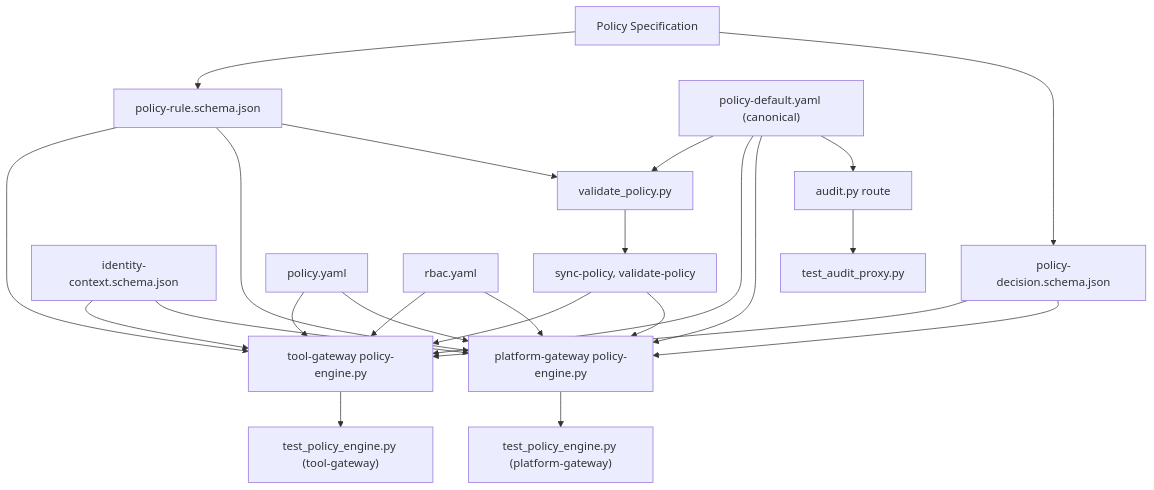
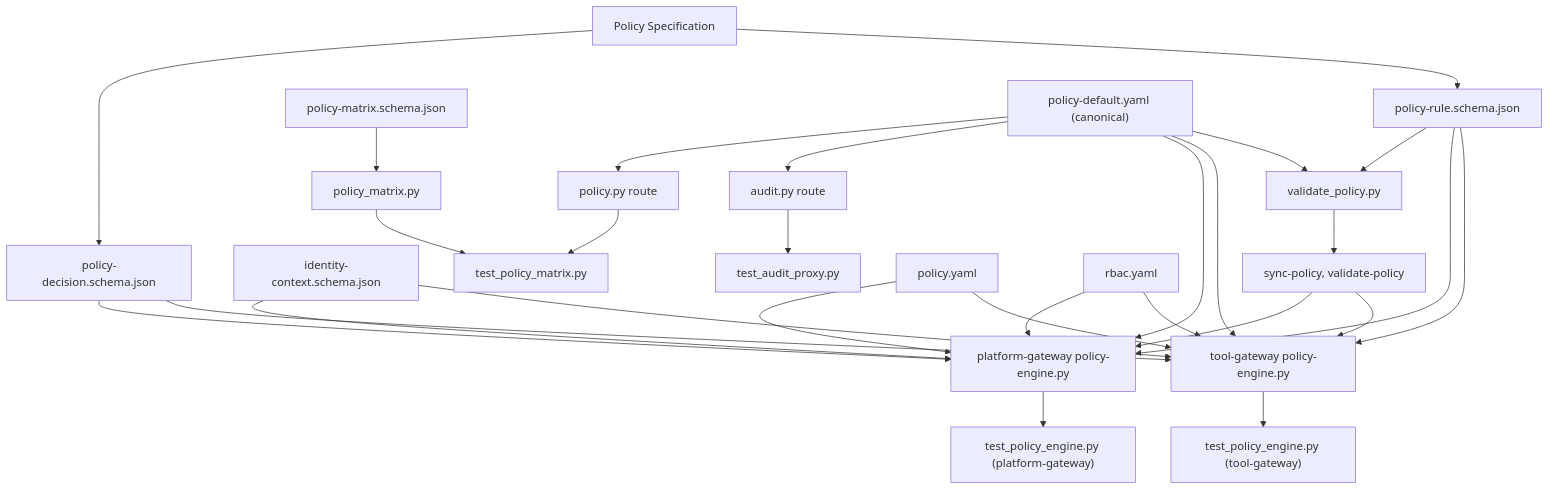
Before and after one commit to metasync/luban-aiops: the fifth of 5 diagrams in .qoder/repowiki/en/content/Policy Management/Policy Management.md, drawn with Mermaid. The commit also changed other lines of this file and 26 other files, not shown here.

````diff
--- a/.qoder/repowiki/en/content/Policy Management/Policy Management.md
+++ b/.qoder/repowiki/en/content/Policy Management/Policy Management.md
@@ -463,41 +572,49 @@
 ```mermaid
 graph TB
 POLICY_SPEC["Policy Specification"]
 RULE_SCHEMA["policy-rule.schema.json"]
 DECISION_SCHEMA["policy-decision.schema.json"]
 IDENTITY_SCHEMA["identity-context.schema.json"]
+MATRIX_SCHEMA["policy-matrix.schema.json"]
 ENGINE_TOOL["tool-gateway policy-engine.py"]
 ENGINE_PLATFORM["platform-gateway policy-engine.py"]
+MATRIX_ENGINE["policy_matrix.py"]
 DEFAULT_YAML["policy-default.yaml (canonical)"]
 TEST_TOOL["test_policy_engine.py (tool-gateway)"]
 TEST_PLATFORM["test_policy_engine.py (platform-gateway)"]
 TEST_AUDIT["test_audit_proxy.py"]
+TEST_MATRIX["test_policy_matrix.py"]
 K8S_POLICY["policy.yaml"]
 K8S_RBAC["rbac.yaml"]
 VALIDATE_SCRIPT["validate_policy.py"]
 MAKEFILE_TARGETS["sync-policy, validate-policy"]
 AUDIT_ROUTE["audit.py route"]
+POLICY_ROUTE["policy.py route"]
 POLICY_SPEC --> RULE_SCHEMA
 POLICY_SPEC --> DECISION_SCHEMA
 RULE_SCHEMA --> ENGINE_TOOL
 RULE_SCHEMA --> ENGINE_PLATFORM
 RULE_SCHEMA --> VALIDATE_SCRIPT
 DECISION_SCHEMA --> ENGINE_TOOL
 DECISION_SCHEMA --> ENGINE_PLATFORM
 IDENTITY_SCHEMA --> ENGINE_TOOL
 IDENTITY_SCHEMA --> ENGINE_PLATFORM
+MATRIX_SCHEMA --> MATRIX_ENGINE
 DEFAULT_YAML --> VALIDATE_SCRIPT
 DEFAULT_YAML --> ENGINE_TOOL
 DEFAULT_YAML --> ENGINE_PLATFORM
 DEFAULT_YAML --> AUDIT_ROUTE
+DEFAULT_YAML --> POLICY_ROUTE
 VALIDATE_SCRIPT --> MAKEFILE_TARGETS
 MAKEFILE_TARGETS --> ENGINE_TOOL
 MAKEFILE_TARGETS --> ENGINE_PLATFORM
 ENGINE_TOOL --> TEST_TOOL
 ENGINE_PLATFORM --> TEST_PLATFORM
 AUDIT_ROUTE --> TEST_AUDIT
+POLICY_ROUTE --> TEST_MATRIX
+MATRIX_ENGINE --> TEST_MATRIX
 K8S_POLICY --> ENGINE_TOOL
 K8S_POLICY --> ENGINE_PLATFORM
 K8S_RBAC --> ENGINE_TOOL
 K8S_RBAC --> ENGINE_PLATFORM
 ```
````
